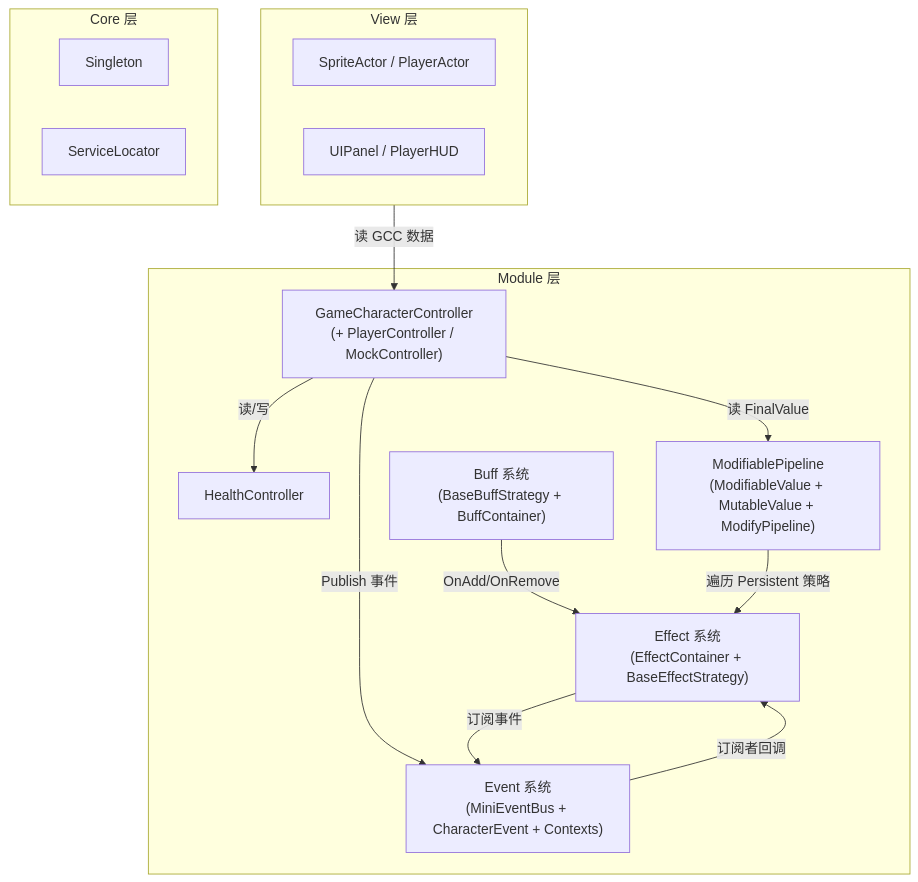
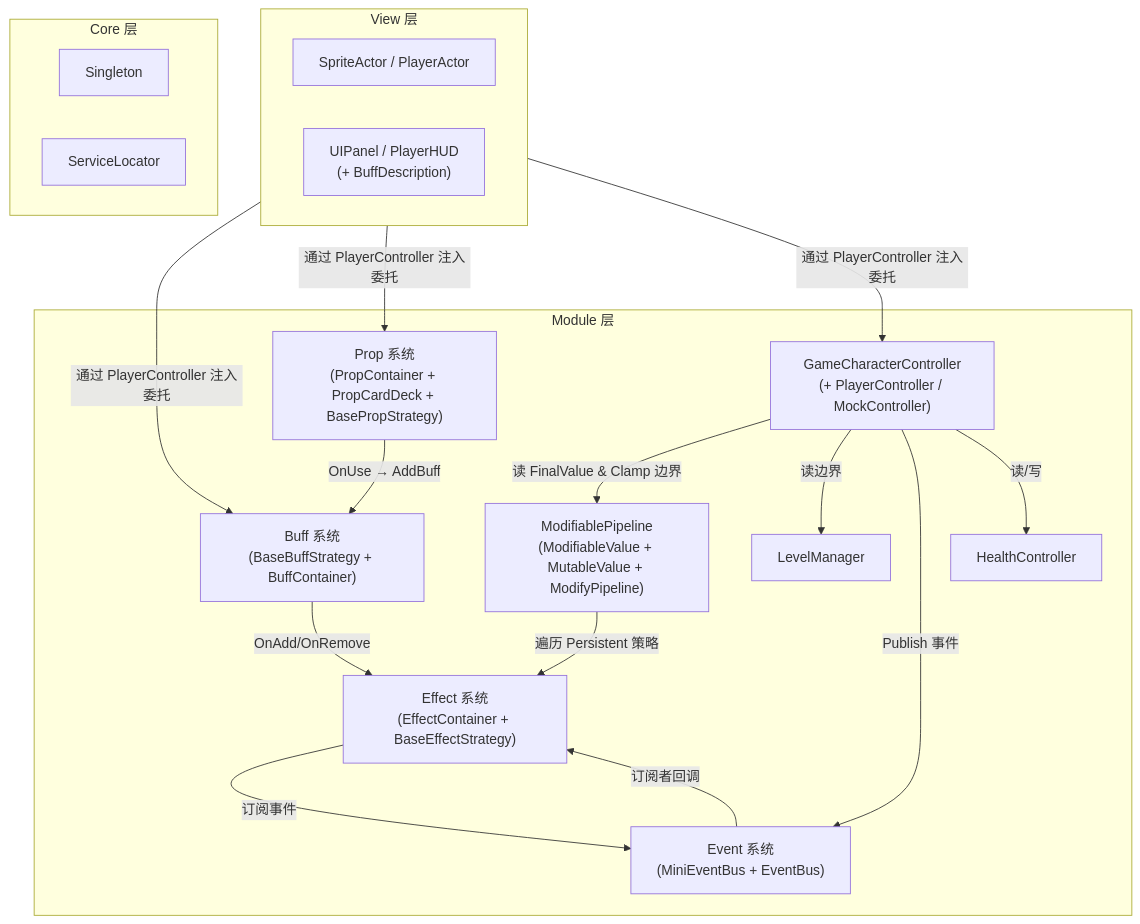
One commit to 2529323861/Flicker changed the diagram in AGENTS.md. Above: the diagram before and after it, drawn with Mermaid. The commit also changed other lines of this file, not shown here.

````diff
--- a/AGENTS.md
+++ b/AGENTS.md
@@ -19,28 +20,34 @@
 ```mermaid
 flowchart TB
     subgraph View["View 层"]
         Actor["SpriteActor / PlayerActor"]
-        UI["UIPanel / PlayerHUD"]
+        UI["UIPanel / PlayerHUD\n(+ BuffDescription)"]
     end
     subgraph Module["Module 层"]
         GCC["GameCharacterController\n(+ PlayerController / MockController)"]
         HC["HealthController"]
         Pipeline["ModifiablePipeline\n(ModifiableValue + MutableValue + ModifyPipeline)"]
         Buff["Buff 系统\n(BaseBuffStrategy + BuffContainer)"]
         Effect["Effect 系统\n(EffectContainer + BaseEffectStrategy)"]
-        Event["Event 系统\n(MiniEventBus + CharacterEvent + Contexts)"]
+        Prop["Prop 系统\n(PropContainer + PropCardDeck + BasePropStrategy)"]
+        Level["LevelManager"]
+        Event["Event 系统\n(MiniEventBus + EventBus)"]
     end
     subgraph Core["Core 层"]
         Singleton["Singleton"]
         ServiceLocator["ServiceLocator"]
     end
 
-    GCC -->|"读 FinalValue"| Pipeline
+    GCC -->|"读 FinalValue & Clamp 边界"| Pipeline
+    GCC -->|"读边界"| Level
     GCC -->|"Publish 事件"| Event
     GCC -->|"读/写"| HC
     Buff -->|"OnAdd/OnRemove"| Effect
     Effect -->|"订阅事件"| Event
     Pipeline -->|"遍历 Persistent 策略"| Effect
-    View -->|"读 GCC 数据"| GCC
+    Prop -->|"OnUse → AddBuff"| Buff
+    View -->|"通过 PlayerController 注入委托"| Buff
+    View -->|"通过 PlayerController 注入委托"| Prop
+    View -->|"通过 PlayerController 注入委托"| GCC
     Event -->|"订阅者回调"| Effect
 ```
````
